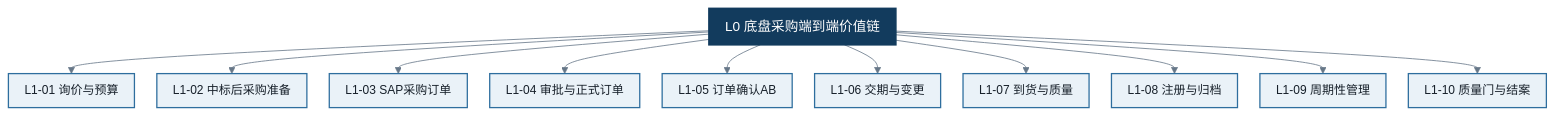
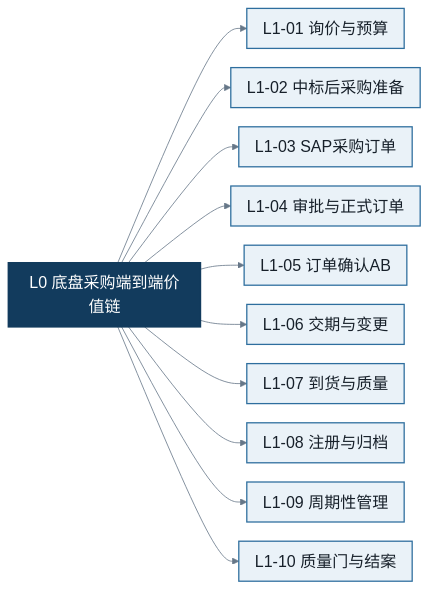
The first of 53 diagrams in README.md (giengenbw/chassisprocess), drawn with Mermaid before and after one commit. The commit also changed other lines of this file, not shown here.

````diff
--- a/README.md
+++ b/README.md
@@ -108,18 +108,18 @@
 ```mermaid
-%%{init: {'theme':'base','flowchart':{'curve':'basis','nodeSpacing':28,'rankSpacing':36,'padding':10,'htmlLabels':true,'useMaxWidth':true},'themeVariables':{'fontFamily':'Microsoft YaHei, Noto Sans SC, Arial, sans-serif','fontSize':'15px','primaryColor':'#EAF2F8','primaryTextColor':'#17202A','primaryBorderColor':'#2E6E9E','lineColor':'#667788','edgeLabelBackground':'#FFFFFF'}}}%%
-flowchart TB
+%%{init: {'theme':'base','flowchart':{'curve':'basis','nodeSpacing':24,'rankSpacing':38,'padding':10,'htmlLabels':true,'useMaxWidth':true},'themeVariables':{'fontFamily':'Microsoft YaHei, Noto Sans SC, Arial, sans-serif','fontSize':'20px','primaryColor':'#EAF2F8','primaryTextColor':'#17202A','primaryBorderColor':'#2E6E9E','lineColor':'#667788','secondaryColor':'#FFF4D6','tertiaryColor':'#E8F6F3','edgeLabelBackground':'#FFFFFF'}}}%%
+flowchart LR
     L0["L0 底盘采购端到端价值链"]
     L0 --> A["L1-01 询价与预算"]
     L0 --> B["L1-02 中标后采购准备"]
     L0 --> C["L1-03 SAP采购订单"]
     L0 --> D["L1-04 审批与正式订单"]
     L0 --> E["L1-05 订单确认AB"]
     L0 --> F["L1-06 交期与变更"]
     L0 --> G["L1-07 到货与质量"]
     L0 --> H["L1-08 注册与归档"]
     L0 --> I["L1-09 周期性管理"]
     L0 --> J["L1-10 质量门与结案"]
-    classDef default fill:#EAF2F8,stroke:#2E6E9E,stroke-width:1.6px,color:#17202A,font-size:15px;
-    classDef core fill:#123B5D,stroke:#123B5D,stroke-width:2px,color:#FFFFFF,font-size:17px;
+    classDef default fill:#EAF2F8,stroke:#2E6E9E,stroke-width:1.6px,color:#17202A,font-size:20px;
+    classDef core fill:#123B5D,stroke:#123B5D,stroke-width:2px,color:#FFFFFF,font-size:20px;
     class L0 core;
 ```
````
